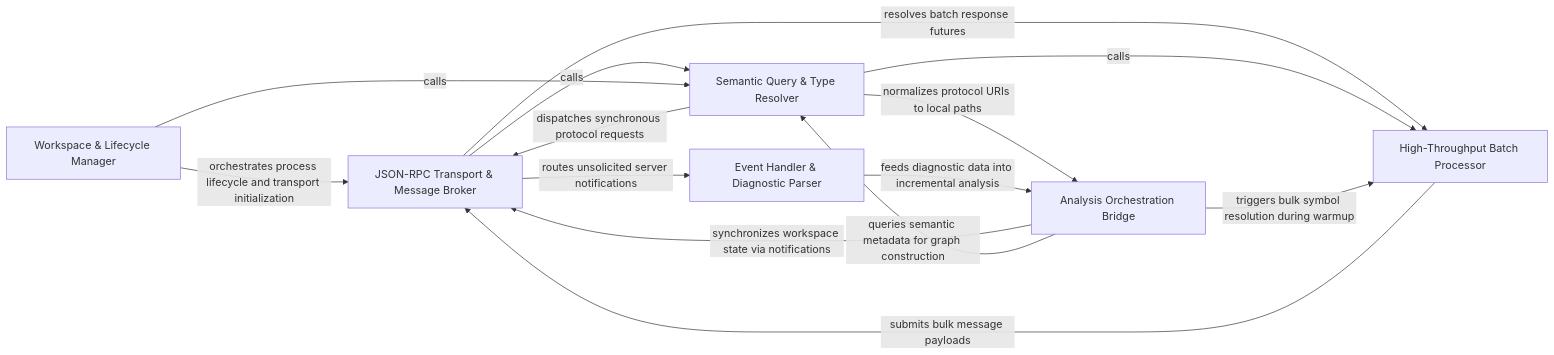
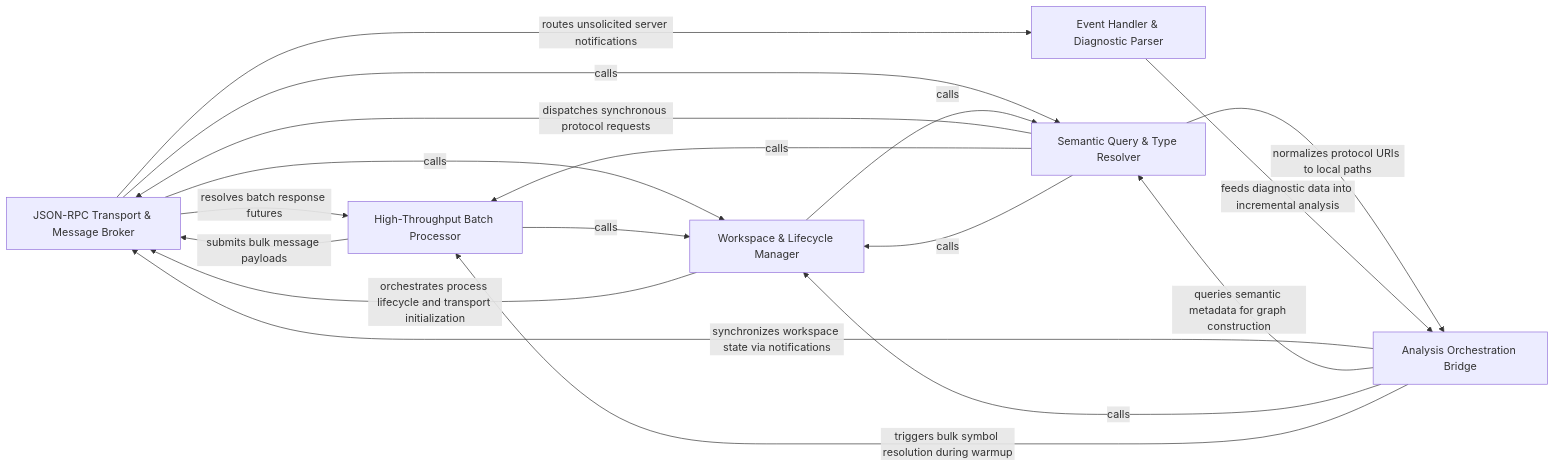
Before and after one commit to CodeBoarding/CodeBoarding: the diagram in .codeboarding/LSP_Protocol_Controller.md, drawn with Mermaid. The commit also changed other lines of this file and 37 other files, not shown here.

Commit message:
chore(codeboarding): sync architecture baseline

````diff
--- a/.codeboarding/LSP_Protocol_Controller.md
+++ b/.codeboarding/LSP_Protocol_Controller.md
@@ -1,28 +1,32 @@
 ```mermaid
 graph LR
     JSON_RPC_Transport_Message_Broker["JSON-RPC Transport & Message Broker"]
     Semantic_Query_Type_Resolver["Semantic Query & Type Resolver"]
     High_Throughput_Batch_Processor["High-Throughput Batch Processor"]
     Workspace_Lifecycle_Manager["Workspace & Lifecycle Manager"]
     Event_Handler_Diagnostic_Parser["Event Handler & Diagnostic Parser"]
     Analysis_Orchestration_Bridge["Analysis Orchestration Bridge"]
     JSON_RPC_Transport_Message_Broker -- "resolves batch response futures" --> High_Throughput_Batch_Processor
     JSON_RPC_Transport_Message_Broker -- "calls" --> Semantic_Query_Type_Resolver
+    JSON_RPC_Transport_Message_Broker -- "calls" --> Workspace_Lifecycle_Manager
     JSON_RPC_Transport_Message_Broker -- "routes unsolicited server notifications" --> Event_Handler_Diagnostic_Parser
     Semantic_Query_Type_Resolver -- "normalizes protocol URIs to local paths" --> Analysis_Orchestration_Bridge
     Semantic_Query_Type_Resolver -- "dispatches synchronous protocol requests" --> JSON_RPC_Transport_Message_Broker
     Semantic_Query_Type_Resolver -- "calls" --> High_Throughput_Batch_Processor
+    Semantic_Query_Type_Resolver -- "calls" --> Workspace_Lifecycle_Manager
+    High_Throughput_Batch_Processor -- "calls" --> Workspace_Lifecycle_Manager
     High_Throughput_Batch_Processor -- "submits bulk message payloads" --> JSON_RPC_Transport_Message_Broker
     Workspace_Lifecycle_Manager -- "orchestrates process lifecycle and transport initialization" --> JSON_RPC_Transport_Message_Broker
     Workspace_Lifecycle_Manager -- "calls" --> Semantic_Query_Type_Resolver
     Event_Handler_Diagnostic_Parser -- "feeds diagnostic data into incremental analysis" --> Analysis_Orchestration_Bridge
     Analysis_Orchestration_Bridge -- "synchronizes workspace state via notifications" --> JSON_RPC_Transport_Message_Broker
     Analysis_Orchestration_Bridge -- "queries semantic metadata for graph construction" --> Semantic_Query_Type_Resolver
+    Analysis_Orchestration_Bridge -- "calls" --> Workspace_Lifecycle_Manager
     Analysis_Orchestration_Bridge -- "triggers bulk symbol resolution during warmup" --> High_Throughput_Batch_Processor
     click JSON_RPC_Transport_Message_Broker href "https://github.com/CodeBoarding/CodeBoarding/blob/main/.codeboarding/JSON_RPC_Transport_Message_Broker.md" "Details"
     click Semantic_Query_Type_Resolver href "https://github.com/CodeBoarding/CodeBoarding/blob/main/.codeboarding/Semantic_Query_Type_Resolver.md" "Details"
     click High_Throughput_Batch_Processor href "https://github.com/CodeBoarding/CodeBoarding/blob/main/.codeboarding/High_Throughput_Batch_Processor.md" "Details"
     click Workspace_Lifecycle_Manager href "https://github.com/CodeBoarding/CodeBoarding/blob/main/.codeboarding/Workspace_Lifecycle_Manager.md" "Details"
     click Event_Handler_Diagnostic_Parser href "https://github.com/CodeBoarding/CodeBoarding/blob/main/.codeboarding/Event_Handler_Diagnostic_Parser.md" "Details"
     click Analysis_Orchestration_Bridge href "https://github.com/CodeBoarding/CodeBoarding/blob/main/.codeboarding/Analysis_Orchestration_Bridge.md" "Details"
 ```
````
